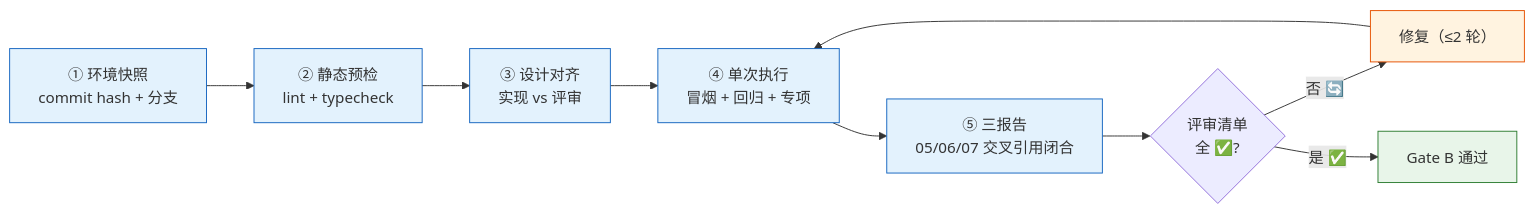
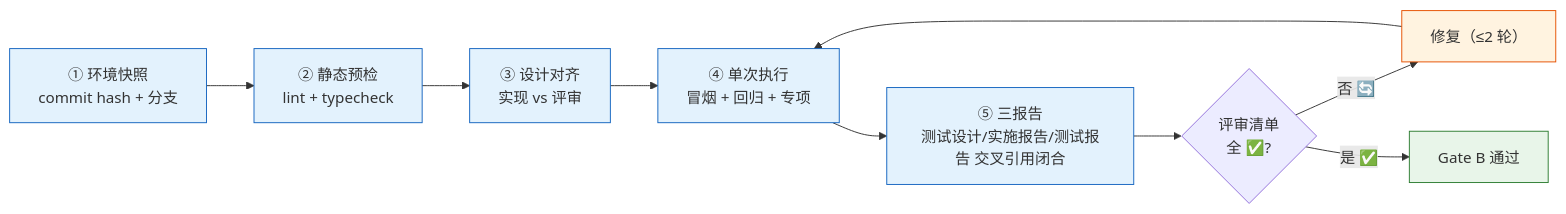
The seventh of 10 diagrams in rules/code-pipeline.md (effiy/YrY), drawn with Mermaid before and after one commit. The commit also changed other lines of this file and 90 other files, not shown here.

````diff
--- a/rules/code-pipeline.md
+++ b/rules/code-pipeline.md
@@ -173,15 +173,15 @@
 ```mermaid
 flowchart LR
     S1["① 环境快照<br/>commit hash + 分支"]:::step --> S2["② 静态预检<br/>lint + typecheck"]:::step
     S2 --> S3["③ 设计对齐<br/>实现 vs 评审"]:::step
     S3 --> S4["④ 单次执行<br/>冒烟 + 回归 + 专项"]:::step
-    S4 --> S5["⑤ 三报告<br/>05/06/07 交叉引用闭合"]:::step
+    S4 --> S5["⑤ 三报告<br/>测试设计/实施报告/测试报告 交叉引用闭合"]:::step
     S5 --> CHK{"评审清单<br/>全 ✅?"}
     CHK -->|"否 🔄"| FIX["修复（≤2 轮）"]:::fix
     FIX --> S4
     CHK -->|"是 ✅"| PASS["Gate B 通过"]:::pass
 
     classDef step fill:#e3f2fd,stroke:#1565c0;
     classDef fix fill:#fff3e0,stroke:#e65100;
     classDef pass fill:#e8f5e9,stroke:#2e7d32;
 ```
````
